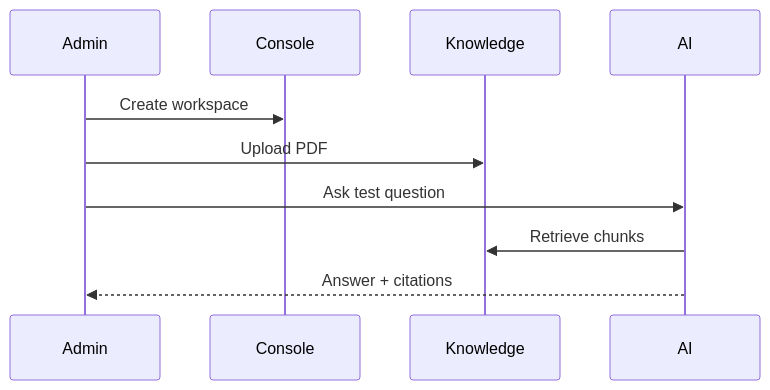
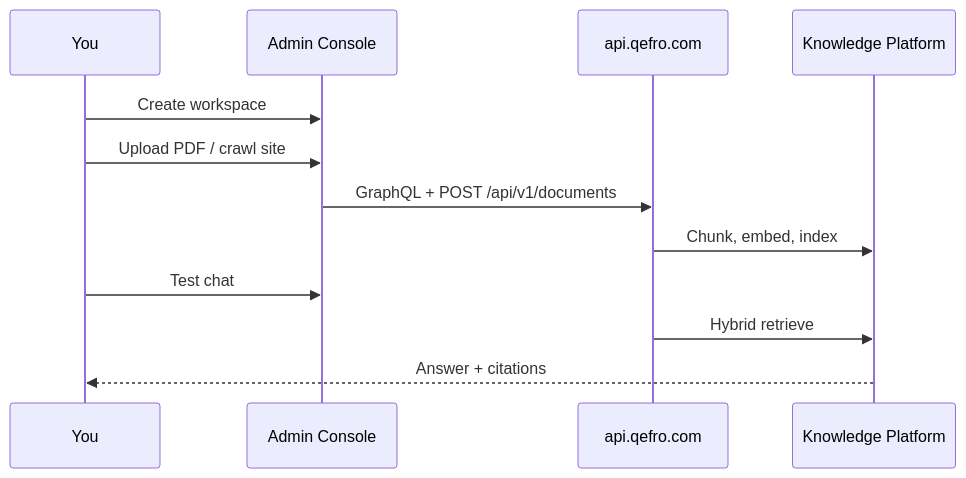
The diagram in docs/getting-started/quick-start.mdx (qefro-ai/qefro-documentation), drawn with Mermaid before and after one commit. The commit also changed other lines of this file and 46 other files, not shown here.

````diff
--- a/docs/getting-started/quick-start.mdx
+++ b/docs/getting-started/quick-start.mdx
@@ -37,12 +41,14 @@
 ```mermaid
 sequenceDiagram
-  participant Admin
-  participant Console
-  participant Knowledge
-  participant AI
-  Admin->>Console: Create workspace
-  Admin->>Knowledge: Upload PDF
-  Admin->>AI: Ask test question
-  AI->>Knowledge: Retrieve chunks
-  AI-->>Admin: Answer + citations
+  participant You
+  participant Console as Admin Console
+  participant API as api.qefro.com
+  participant RAG as Knowledge Platform
+  You->>Console: Create workspace
+  You->>Console: Upload PDF / crawl site
+  Console->>API: GraphQL + POST /api/v1/documents
+  API->>RAG: Chunk, embed, index
+  You->>Console: Test chat
+  API->>RAG: Hybrid retrieve
+  RAG-->>You: Answer + citations
 ```
````
